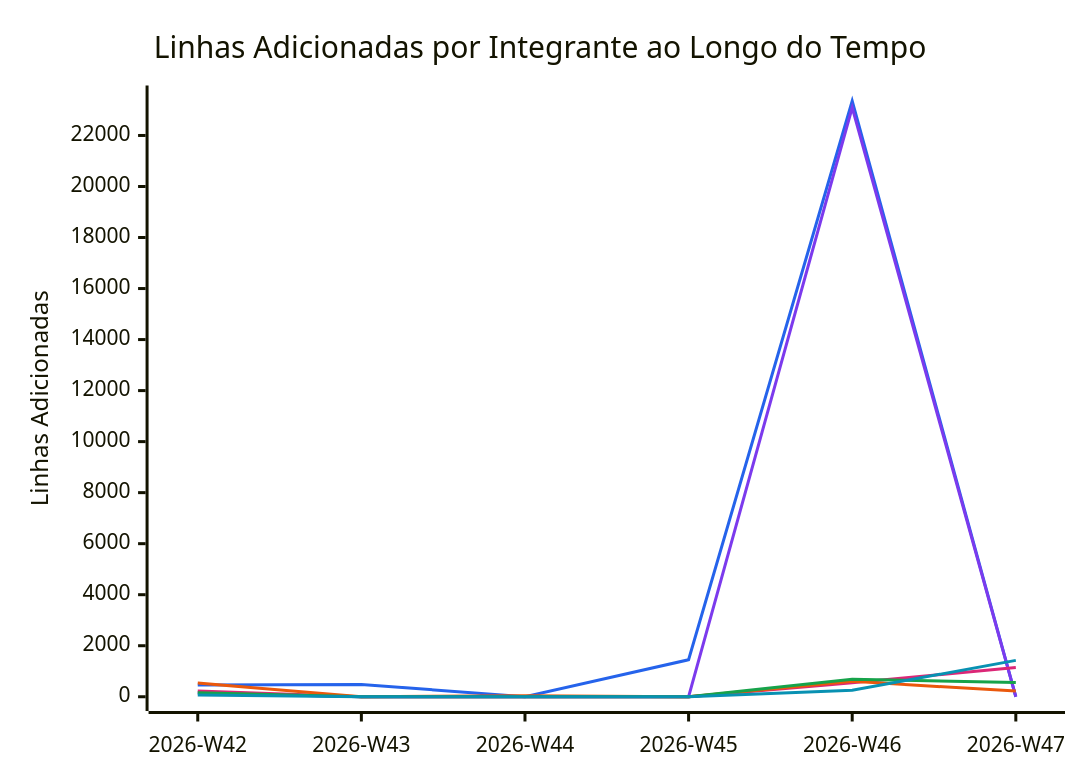
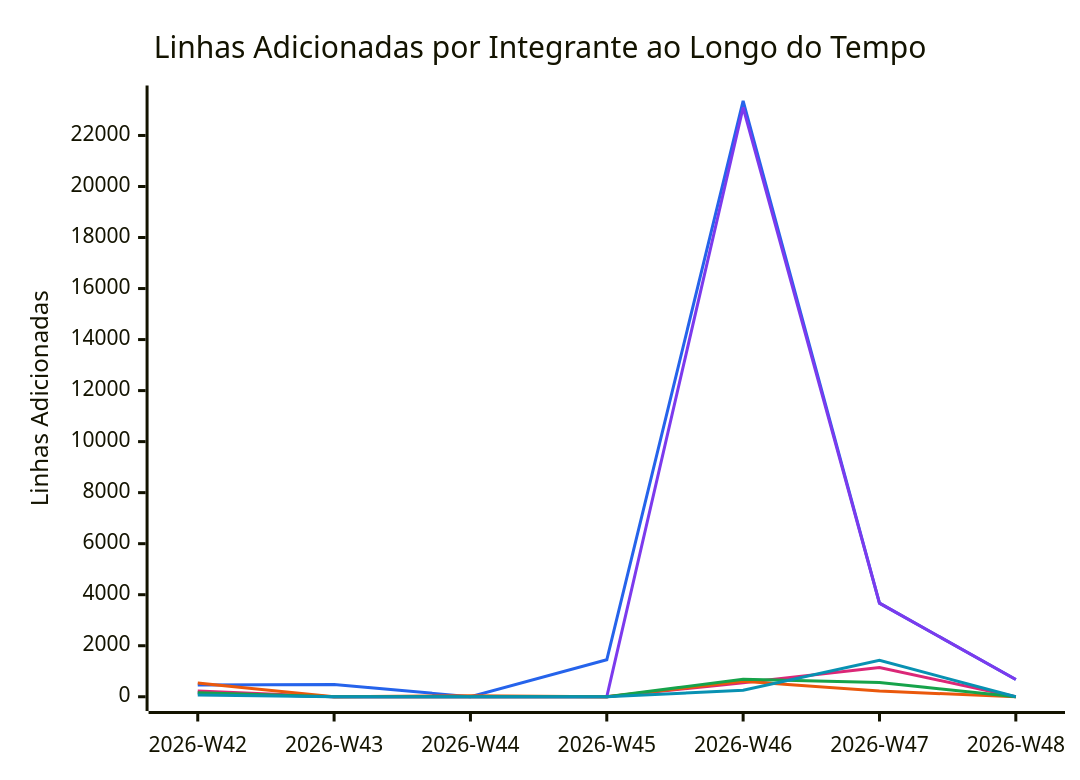
The diagram in snippets/code-additions.mmd (FCTE-Qualidade-de-Software-1/2026-2_T02_KAY_MCNULTY), drawn with Mermaid before and after one commit. The commit also changed 5 other files, not shown here.

```diff
--- a/snippets/code-additions.mmd
+++ b/snippets/code-additions.mmd
@@ -1,11 +1,11 @@
 %%{init: {"themeVariables": {"xyChart": {"plotColorPalette": "#2563eb, #7c3aed, #db2777, #ea580c, #16a34a, #0891b2"}}}}%%
 xychart-beta
     title "Linhas Adicionadas por Integrante ao Longo do Tempo"
-    x-axis ["2026-W42", "2026-W43", "2026-W44", "2026-W45", "2026-W46", "2026-W47"]
+    x-axis ["2026-W42", "2026-W43", "2026-W44", "2026-W45", "2026-W46", "2026-W47", "2026-W48"]
     y-axis "Linhas Adicionadas" 0 --> 23400
-    line [463, 483, 0, 1449, 23354, 0]
-    line [147, 0, 0, 0, 23096, 0]
-    line [230, 0, 0, 0, 546, 1147]
-    line [535, 0, 39, 0, 604, 221]
-    line [161, 0, 0, 0, 690, 560]
-    line [73, 0, 0, 0, 255, 1425]
+    line [463, 483, 0, 1449, 23354, 3669, 676]
+    line [147, 0, 0, 0, 23096, 3669, 676]
+    line [230, 0, 0, 0, 546, 1147, 0]
+    line [535, 0, 39, 0, 604, 221, 0]
+    line [161, 0, 0, 0, 690, 560, 0]
+    line [73, 0, 0, 0, 255, 1425, 0]
```
